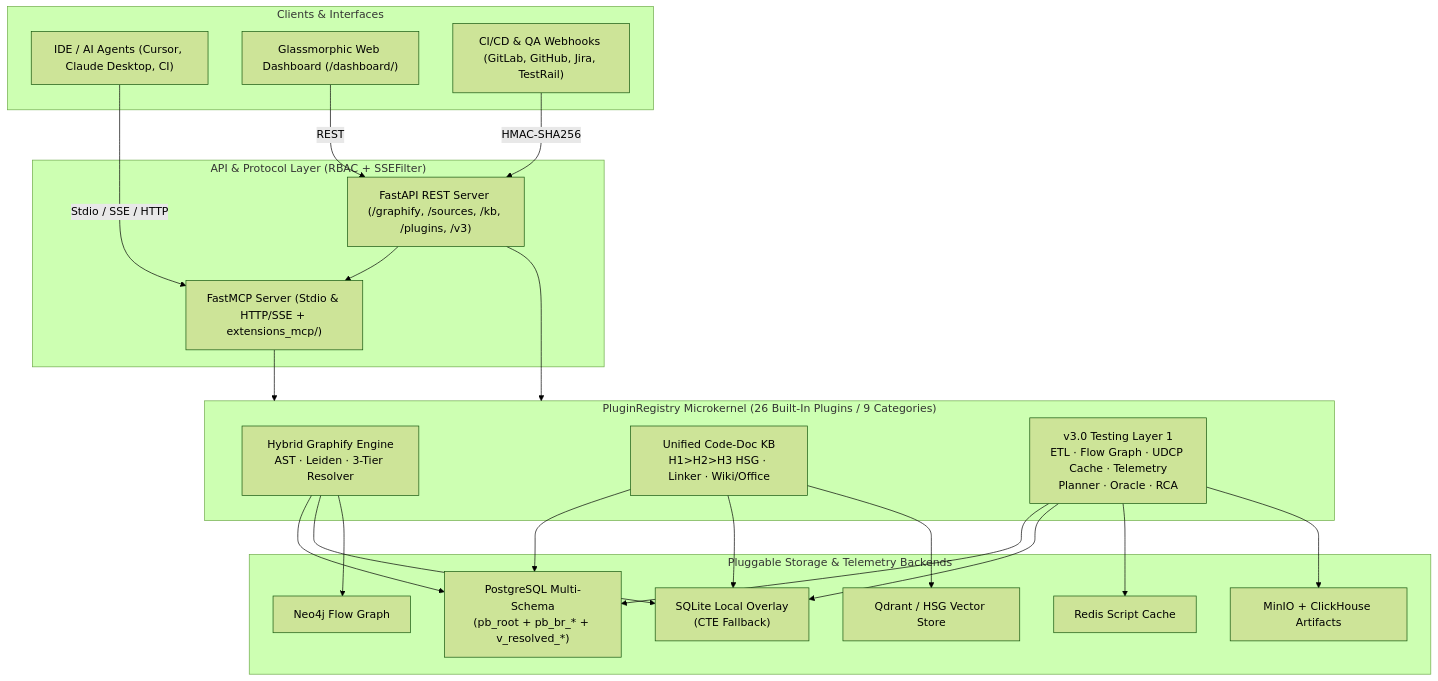
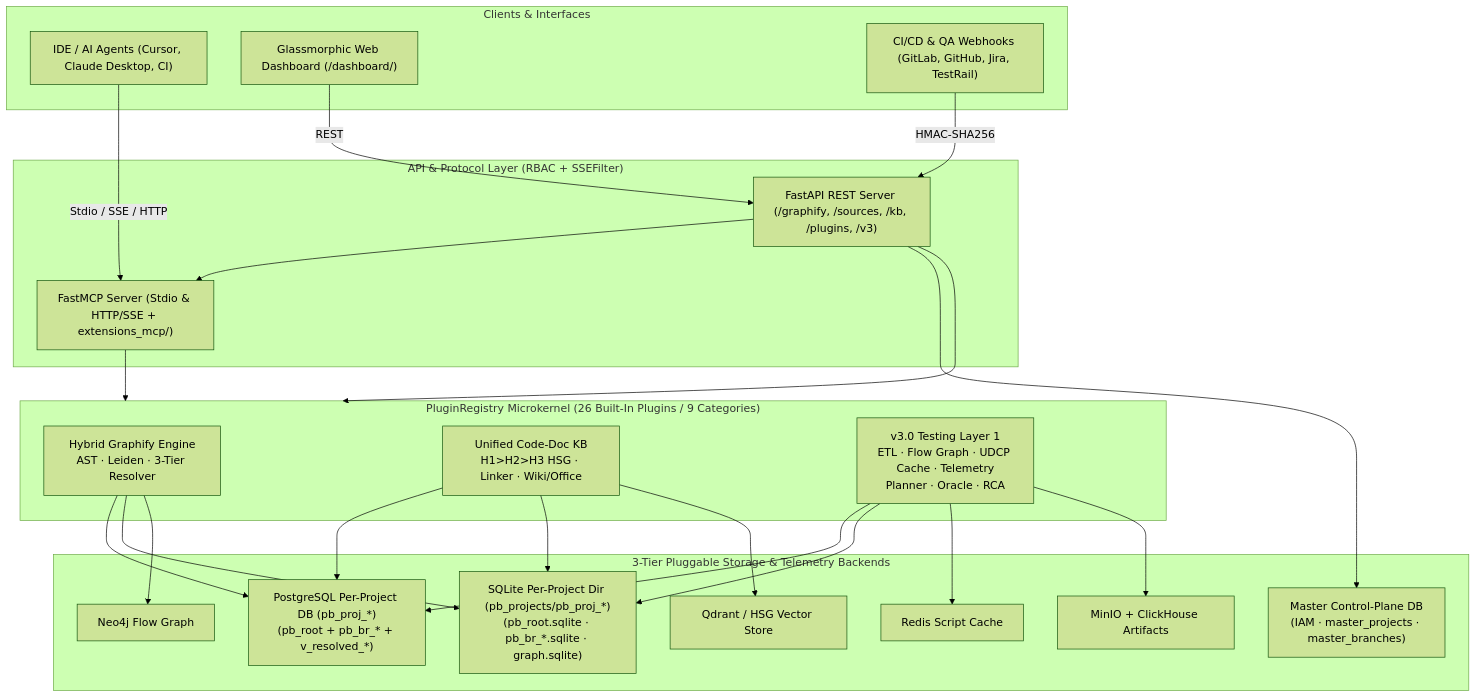
The diagram in README.md (chien334/Project-Brain), drawn with Mermaid (forest theme) before and after one commit. The commit also changed other lines of this file and 24 other files, not shown here.

````diff
--- a/README.md
+++ b/README.md
@@ -25,45 +25,47 @@
 ```mermaid
 flowchart TB
     subgraph Clients["Clients & Interfaces"]
         IDE["IDE / AI Agents (Cursor, Claude Desktop, CI)"]
         UI["Glassmorphic Web Dashboard (/dashboard/)"]
         WH["CI/CD & QA Webhooks (GitLab, GitHub, Jira, TestRail)"]
     end
 
     subgraph Edge["API & Protocol Layer (RBAC + SSEFilter)"]
         API["FastAPI REST Server (/graphify, /sources, /kb, /plugins, /v3)"]
         MCP["FastMCP Server (Stdio & HTTP/SSE + extensions_mcp/)"]
     end
 
     subgraph Kernel["PluginRegistry Microkernel (26 Built-In Plugins / 9 Categories)"]
         GF["Hybrid Graphify Engine\nAST · Leiden · 3-Tier Resolver"]
         KB["Unified Code-Doc KB\nH1>H2>H3 HSG · Linker · Wiki/Office"]
         L1["v3.0 Testing Layer 1\nETL · Flow Graph · UDCP Cache · Telemetry\nPlanner · Oracle · RCA"]
     end
 
-    subgraph Stores["Pluggable Storage & Telemetry Backends"]
-        PG["PostgreSQL Multi-Schema\n(pb_root + pb_br_* + v_resolved_*)"]
-        SQL["SQLite Local Overlay\n(CTE Fallback)"]
+    subgraph Stores["3-Tier Pluggable Storage & Telemetry Backends"]
+        MSTR["Master Control-Plane DB\n(IAM · master_projects · master_branches)"]
+        PG["PostgreSQL Per-Project DB (pb_proj_*)\n(pb_root + pb_br_* + v_resolved_*)"]
+        SQL["SQLite Per-Project Dir (pb_projects/pb_proj_*)\n(pb_root.sqlite · pb_br_*.sqlite · graph.sqlite)"]
         VEC["Qdrant / HSG Vector Store"]
         NEO["Neo4j Flow Graph"]
         RED["Redis Script Cache"]
         MIN["MinIO + ClickHouse Artifacts"]
     end
 
     IDE -->|Stdio / SSE / HTTP| MCP
     UI -->|REST| API
     WH -->|HMAC-SHA256| API
     API --> MCP
     API --> Kernel
     MCP --> Kernel
+    API --> MSTR
     GF --> PG
     GF --> SQL
     GF --> NEO
     KB --> PG
     KB --> SQL
     KB --> VEC
     L1 --> PG
     L1 --> SQL
     L1 --> RED
     L1 --> MIN
 ```
````
